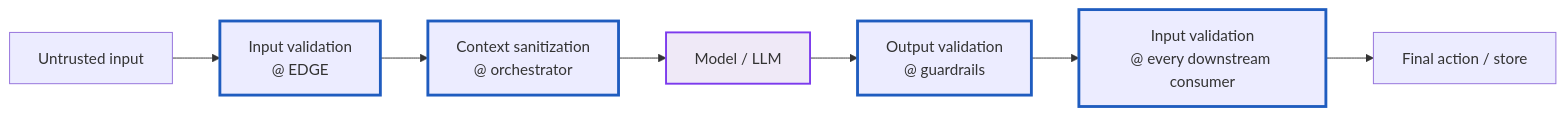
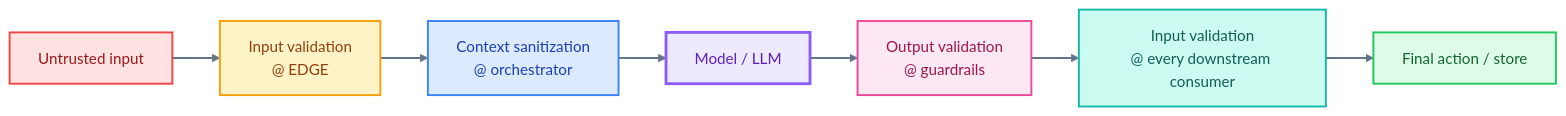
The diagram in training/diagrams/defense-in-depth.mmd (kamaldhingra1/ase-explorer-app), drawn with Mermaid before and after one commit. The commit also changed 29 other files, not shown here.

```diff
--- a/training/diagrams/defense-in-depth.mmd
+++ b/training/diagrams/defense-in-depth.mmd
@@ -1,12 +1,19 @@
 flowchart LR
-  SRC["Untrusted input"] --> V1["Input validation<br/>@ EDGE"]
-  V1 --> V2["Context sanitization<br/>@ orchestrator"]
-  V2 --> M["Model / LLM"]
-  M --> O1["Output validation<br/>@ guardrails"]
-  O1 --> O2["Input validation<br/>@ every downstream consumer"]
-  O2 --> ACT["Final action / store"]
-  style V1 stroke:#1f5cbf,stroke-width:3px
-  style V2 stroke:#1f5cbf,stroke-width:3px
-  style O1 stroke:#1f5cbf,stroke-width:3px
-  style O2 stroke:#1f5cbf,stroke-width:3px
-  style M fill:#efe9f7,stroke:#7C3AED,stroke-width:2px
+    SRC[ Untrusted input ] --> V1[ Input validation<br/>@ EDGE ]
+    V1 --> V2[ Context sanitization<br/>@ orchestrator ]
+    V2 --> M[ Model / LLM ]
+    M --> O1[ Output validation<br/>@ guardrails ]
+    O1 --> O2[ Input validation<br/>@ every downstream consumer ]
+    O2 --> ACT[ Final action / store ]
+
+    %% Styling individual nodes with vibrant fills, borders, and text colors
+    style SRC fill:#fee2e2,stroke:#ef4444,stroke-width:2px,color:#991b1b
+    style V1 fill:#fef3c7,stroke:#f59e0b,stroke-width:2px,color:#92400e
+    style V2 fill:#dbeafe,stroke:#3b82f6,stroke-width:2px,color:#1e40af
+    style M fill:#ede9fe,stroke:#8b5cf6,stroke-width:3px,color:#5b21b6
+    style O1 fill:#fce7f3,stroke:#ec4899,stroke-width:2px,color:#9d174d
+    style O2 fill:#ccfbf1,stroke:#14b8a6,stroke-width:2px,color:#115e59
+    style ACT fill:#dcfce7,stroke:#22c55e,stroke-width:2px,color:#166534
+
+    %% Edge styling
+    linkStyle default stroke:#64748b,stroke-width:2px
```
